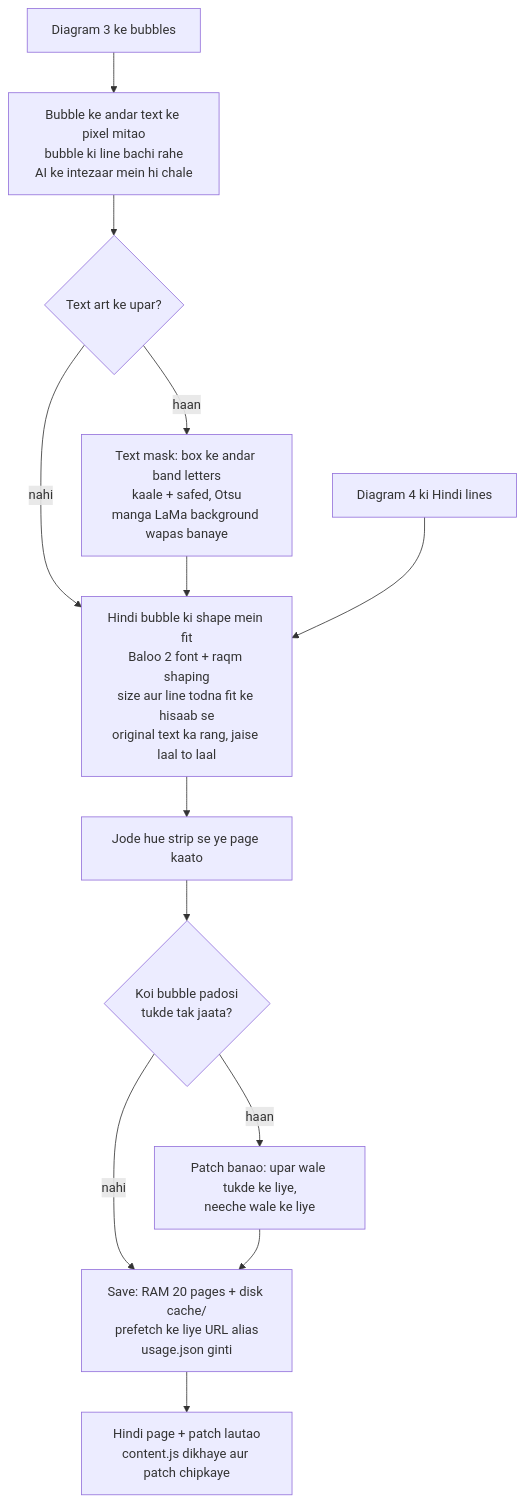
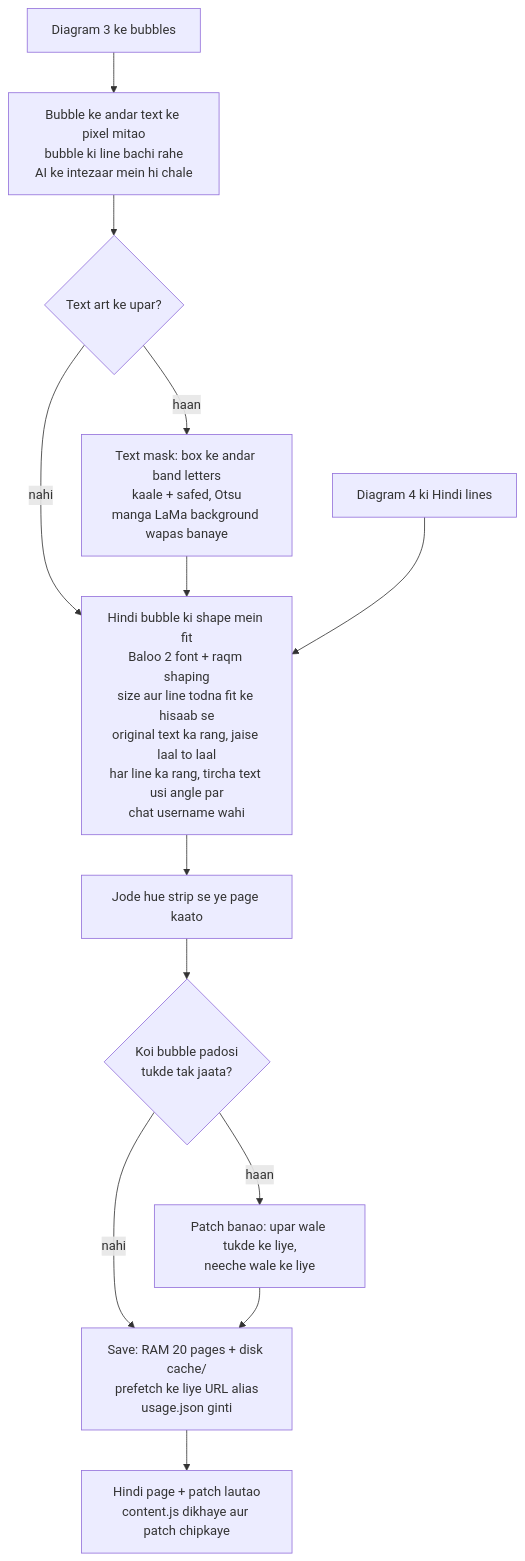
The sixth of 6 diagrams in README.hinglish.md (jitendra205saini/Manga-Translator), drawn with Mermaid before and after one commit. The commit also changed other lines of this file and 1 other file, not shown here.

Commit message:
README: tilted text, per-line colour, chat usernames, panel order, LaMa on GPU

````diff
--- a/README.hinglish.md
+++ b/README.hinglish.md
@@ -246,15 +249,15 @@
 ```mermaid
 flowchart TD
     A["Diagram 3 ke bubbles"] --> E["Bubble ke andar text ke pixel mitao<br/>bubble ki line bachi rahe<br/>AI ke intezaar mein hi chale"]
     E --> E2{"Text art ke upar?"}
     E2 -->|"haan"| LM["Text mask: box ke andar band letters<br/>kaale + safed, Otsu<br/>manga LaMa background wapas banaye"]
     E2 -->|"nahi"| FT
     LM --> FT
-    H["Diagram 4 ki Hindi lines"] --> FT["Hindi bubble ki shape mein fit<br/>Baloo 2 font + raqm shaping<br/>size aur line todna fit ke hisaab se<br/>original text ka rang, jaise laal to laal"]
+    H["Diagram 4 ki Hindi lines"] --> FT["Hindi bubble ki shape mein fit<br/>Baloo 2 font + raqm shaping<br/>size aur line todna fit ke hisaab se<br/>original text ka rang, jaise laal to laal<br/>har line ka rang, tircha text usi angle par<br/>chat username wahi"]
     FT --> CT["Jode hue strip se ye page kaato"]
     CT --> SP{"Koi bubble padosi<br/>tukde tak jaata?"}
     SP -->|"haan"| PT["Patch banao: upar wale tukde ke liye,<br/>neeche wale ke liye"]
     SP -->|"nahi"| SV
     PT --> SV["Save: RAM 20 pages + disk cache/<br/>prefetch ke liye URL alias<br/>usage.json ginti"]
     SV --> RET["Hindi page + patch lautao<br/>content.js dikhaye aur patch chipkaye"]
 ```
````
